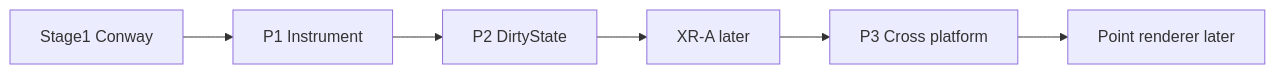
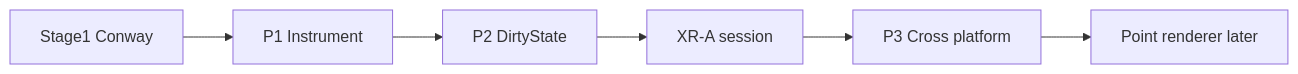
Diagram 16 of 18 in architecture.md (PiMaV/DONNER), drawn with Mermaid before and after one commit. The commit also changed other lines of this file and 25 other files, not shown here.

````diff
--- a/architecture.md
+++ b/architecture.md
@@ -558,10 +575,10 @@
 ```mermaid
 flowchart LR
   s1[Stage1 Conway]
   p1[P1 Instrument]
   p2[P2 DirtyState]
-  xra[XR-A later]
+  xra[XR-A session]
   p3[P3 Cross platform]
   pts[Point renderer later]
   s1 --> p1 --> p2 --> xra --> p3 --> pts
 ```
````
